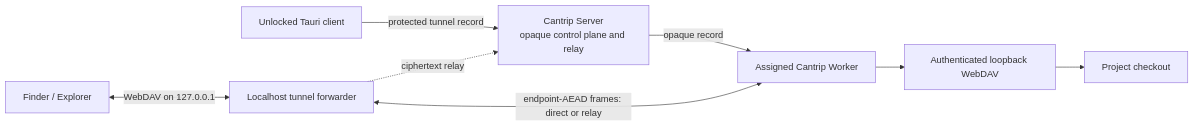
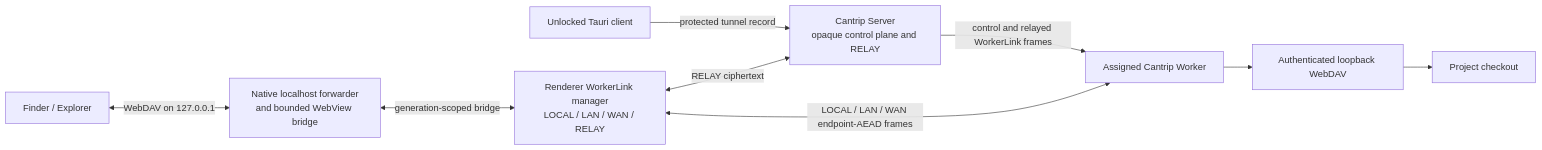
One commit to ArcaneArts/Cantrip changed the diagram in docs/PROJECT_NETWORK_SHARES.md. Above: the diagram before and after it, drawn with Mermaid. The commit also changed other lines of this file and 47 other files, not shown here.

````diff
--- a/docs/PROJECT_NETWORK_SHARES.md
+++ b/docs/PROJECT_NETWORK_SHARES.md
@@ -10,17 +11,19 @@
 ```mermaid
 flowchart LR
     CLIENT["Unlocked Tauri client"]
-    SERVER["Cantrip Server<br/>opaque control plane and relay"]
-    FORWARD["Localhost tunnel forwarder"]
+    SERVER["Cantrip Server<br/>opaque control plane and RELAY"]
+    FORWARD["Native localhost forwarder<br/>and bounded WebView bridge"]
+    LINK["Renderer WorkerLink manager<br/>LOCAL / LAN / WAN / RELAY"]
     WORKER["Assigned Cantrip Worker"]
     DAV["Authenticated loopback WebDAV"]
     TREE["Project checkout"]
     NATIVE["Finder / Explorer"]
 
     CLIENT -->|"protected tunnel record"| SERVER
-    SERVER -->|"opaque record"| WORKER
+    SERVER -->|"control and relayed WorkerLink frames"| WORKER
     WORKER --> DAV --> TREE
     NATIVE <-->|"WebDAV on 127.0.0.1"| FORWARD
-    FORWARD <-->|"endpoint-AEAD frames: direct or relay"| WORKER
-    FORWARD -. "ciphertext relay" .-> SERVER
+    FORWARD <-->|"generation-scoped bridge"| LINK
+    LINK <-->|"LOCAL / LAN / WAN endpoint-AEAD frames"| WORKER
+    LINK <-->|"RELAY ciphertext"| SERVER
 ```
````
